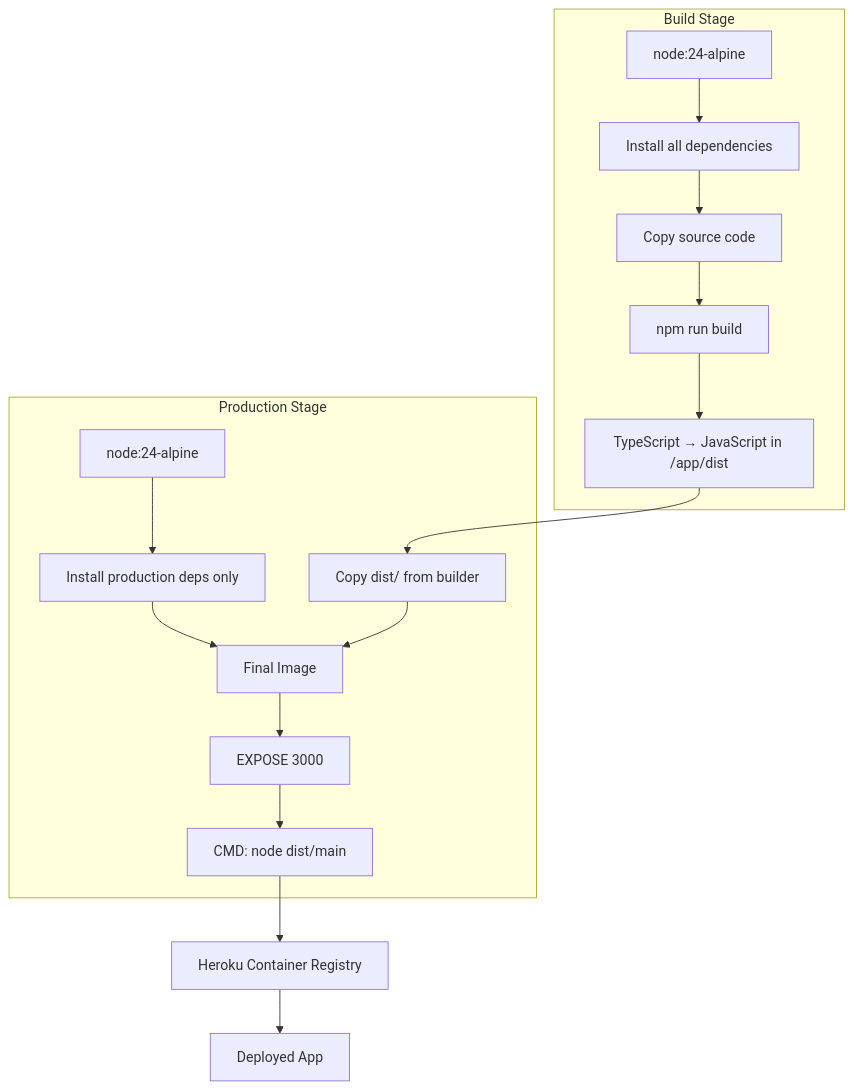
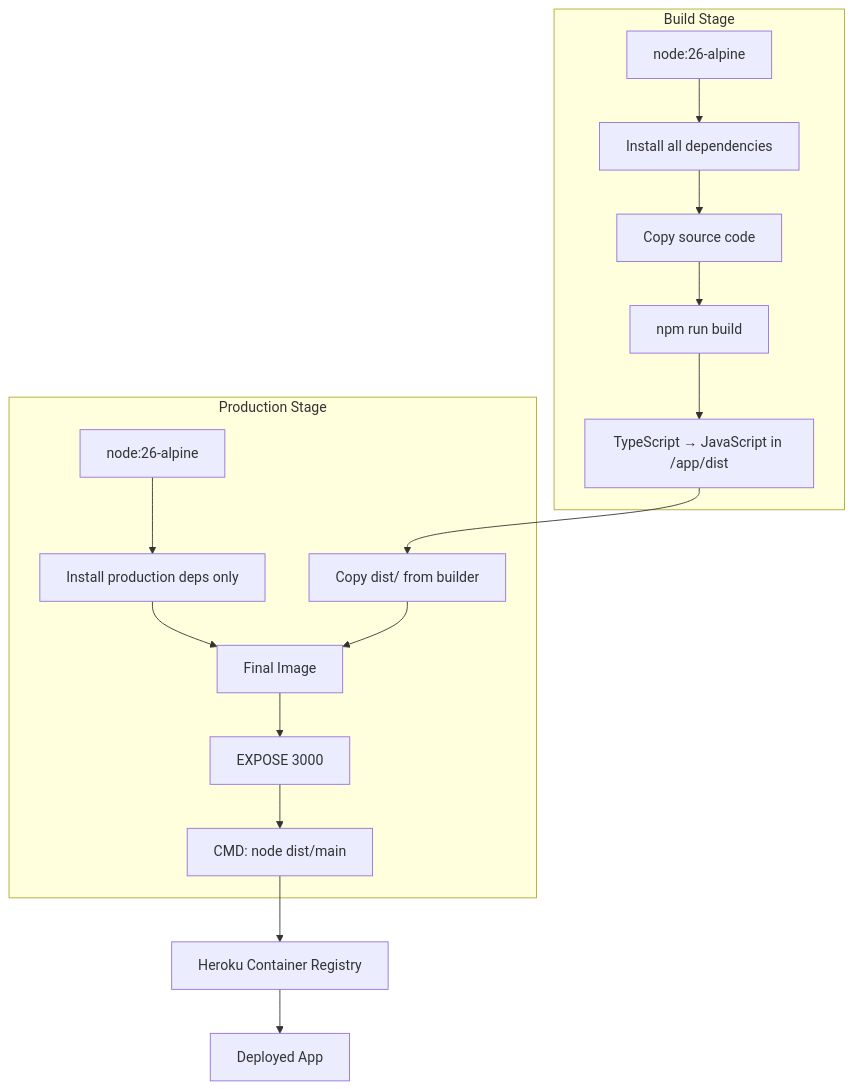
The diagram in docs/memory-bank/DEPLOYMENT.md (cegerard/card-game), drawn with Mermaid before and after one commit. The commit also changed other lines of this file and 252 other files, not shown here.

````diff
--- a/docs/memory-bank/DEPLOYMENT.md
+++ b/docs/memory-bank/DEPLOYMENT.md
@@ -88,21 +89,21 @@
 ```mermaid
 graph TB
     subgraph "Build Stage"
-        A[node:24-alpine] --> B[Install all dependencies]
+        A[node:26-alpine] --> B[Install all dependencies]
         B --> C[Copy source code]
         C --> D[npm run build]
         D --> E[TypeScript → JavaScript in /app/dist]
     end
 
     subgraph "Production Stage"
-        F[node:24-alpine] --> G[Install production deps only]
+        F[node:26-alpine] --> G[Install production deps only]
         E --> H[Copy dist/ from builder]
         G --> I[Final Image]
         H --> I
         I --> J[EXPOSE 3000]
         J --> K[CMD: node dist/main]
     end
 
     K --> L[Heroku Container Registry]
     L --> M[Deployed App]
 ```
````
